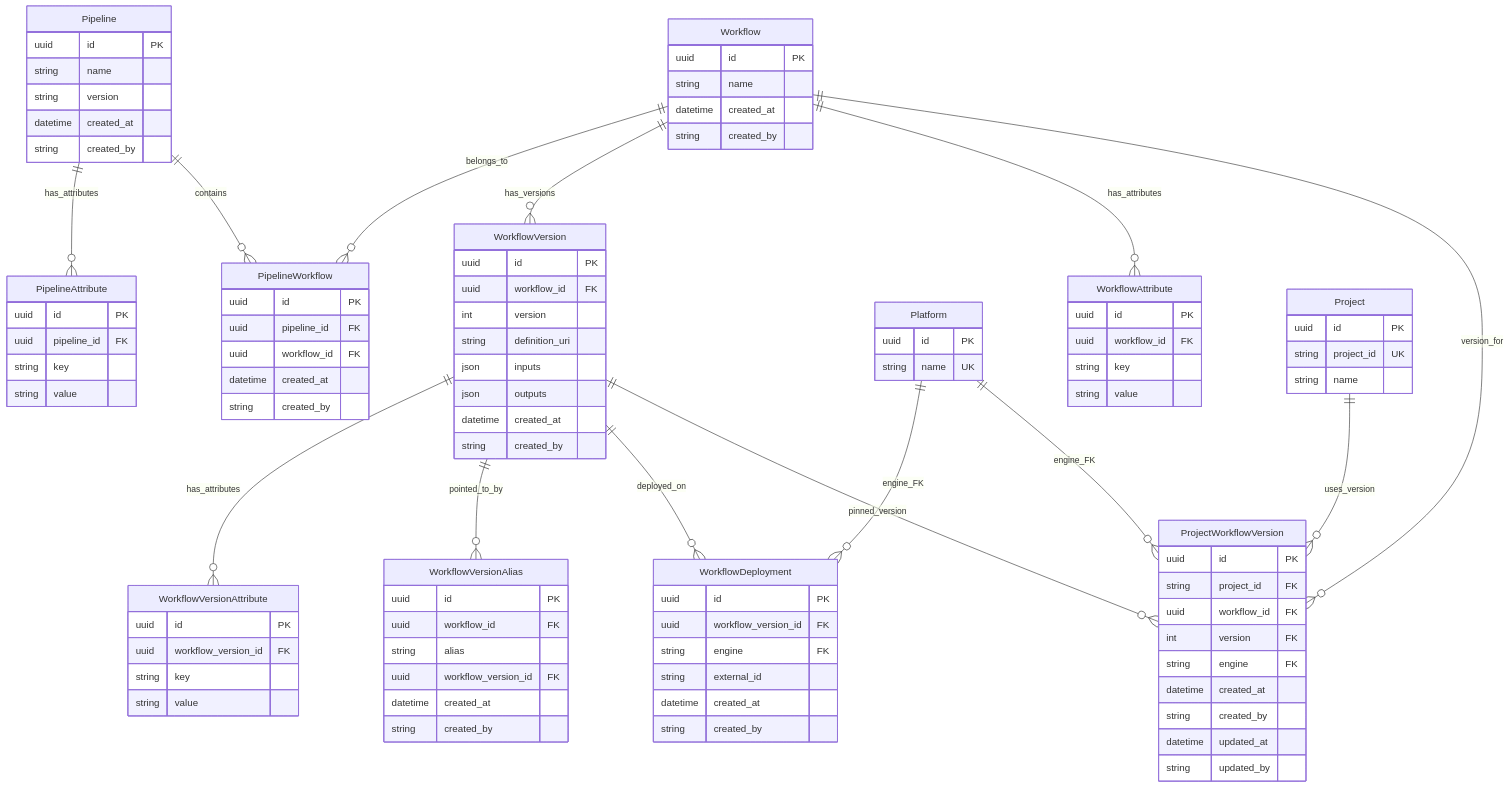
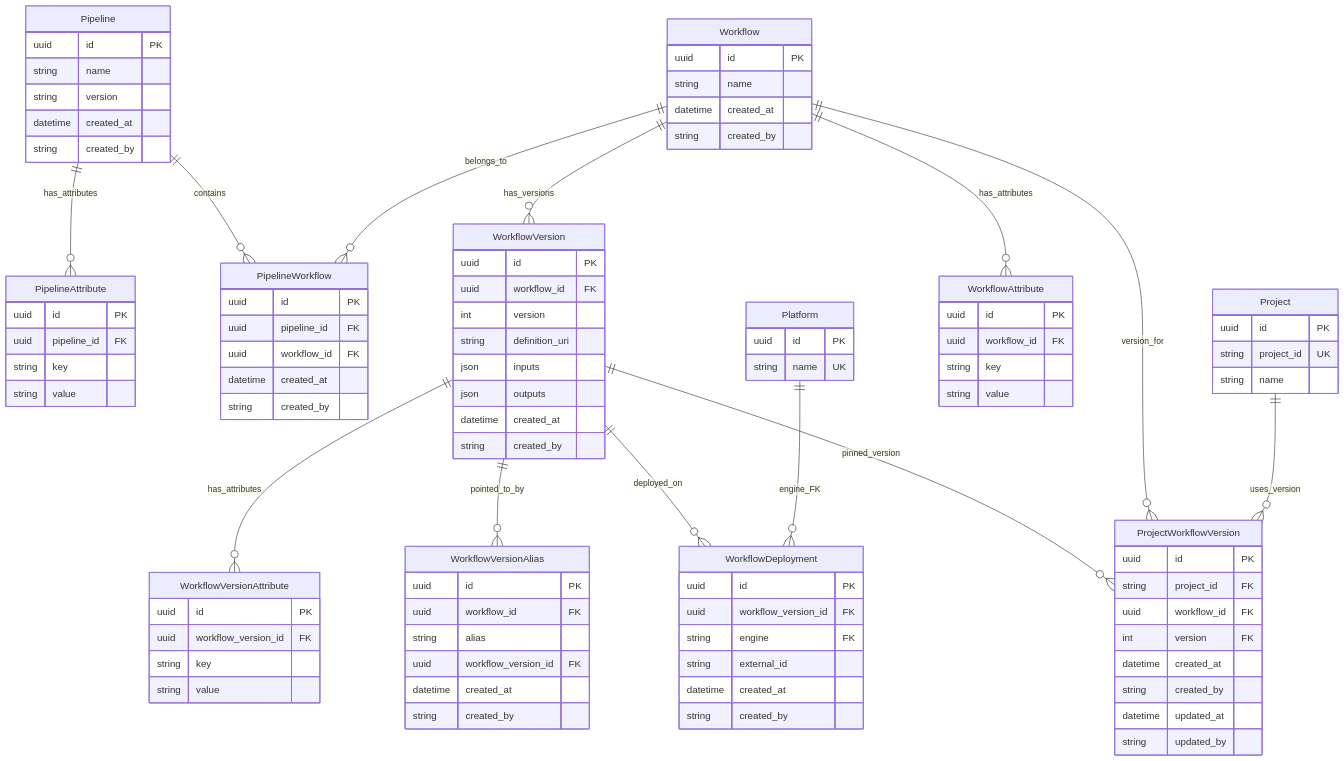
The ninth of 9 diagrams in docs/WORKFLOWS_AND_PIPELINES.md (NGS360/APIServer), drawn with Mermaid before and after one commit. The commit also changed other lines of this file and 6 other files, not shown here.

Commit message:
take out engine from project workflow version table

```diff
--- a/docs/WORKFLOWS_AND_PIPELINES.md
+++ b/docs/WORKFLOWS_AND_PIPELINES.md
@@ -342,7 +342,6 @@
         string project_id FK
         uuid workflow_id FK
         int version FK
-        string engine FK
         datetime created_at
         string created_by
         datetime updated_at
@@ -358,7 +357,6 @@
     WorkflowVersion ||--o{ WorkflowVersionAlias : pointed_to_by
     WorkflowVersion ||--o{ WorkflowDeployment : deployed_on
     Platform ||--o{ WorkflowDeployment : engine_FK
-    Platform ||--o{ ProjectWorkflowVersion : engine_FK
     WorkflowVersion ||--o{ ProjectWorkflowVersion : pinned_version
     Workflow ||--o{ ProjectWorkflowVersion : version_for
     Project ||--o{ ProjectWorkflowVersion : uses_version
```
